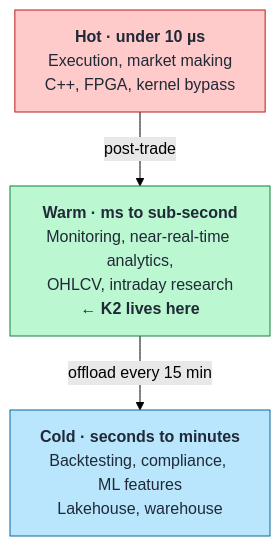
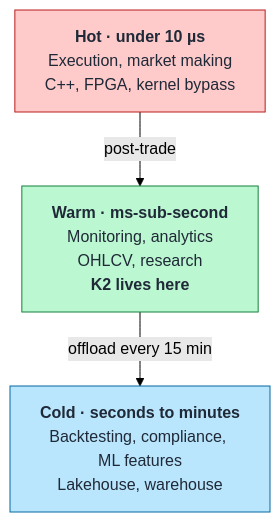
One commit to rjdscott/k2-market-data-platform changed the diagram in docs/architecture/positioning.md. Above: the diagram before and after it, drawn with Mermaid (forest theme). The commit also changed other lines of this file and 82 other files, not shown here.

````diff
--- a/docs/architecture/positioning.md
+++ b/docs/architecture/positioning.md
@@ -13,16 +13,16 @@
 ```mermaid
 flowchart TB
     L1["<b>Hot · under 10 µs</b><br/>Execution, market making<br/>C++, FPGA, kernel bypass"]
-    L2["<b>Warm · ms to sub-second</b><br/>Monitoring, near-real-time analytics,<br/>OHLCV, intraday research<br/><b>← K2 lives here</b>"]
+    L2["<b>Warm · ms-sub-second</b><br/>Monitoring, analytics<br/>OHLCV, research<br/><b>K2 lives here</b>"]
     L3["<b>Cold · seconds to minutes</b><br/>Backtesting, compliance, ML features<br/>Lakehouse, warehouse"]
 
     L1 -->|"post-trade"| L2
     L2 -->|"offload every 15 min"| L3
 
     classDef hot fill:#fecaca,stroke:#b91c1c,color:#1f2937
     classDef warm fill:#bbf7d0,stroke:#15803d,color:#1f2937
     classDef cold fill:#bae6fd,stroke:#0369a1,color:#1f2937
     class L1 hot
     class L2 warm
     class L3 cold
 ```
````
